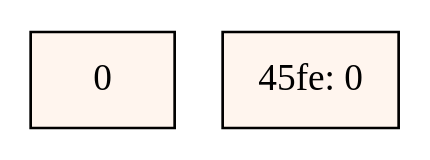
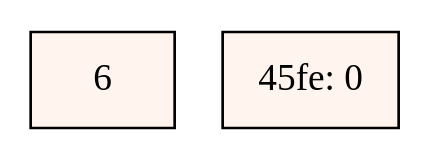
One commit to jdchavarria/EDD_DIC_2019_PY2_201602900 changed the diagram in ProyectoEDD_Vac/aux_grafico.dot. Above: the diagram before and after it, drawn with Graphviz. The commit also changed 122 other files, not shown here.

```diff
--- a/ProyectoEDD_Vac/aux_grafico.dot
+++ b/ProyectoEDD_Vac/aux_grafico.dot
@@ -1,6 +1,6 @@
 digraph grafica{
 rankdir=TB;
 node [shape=record,style=filled,fillcolor=seashell];
-0
+6
 nodo1[label="45fe: 0"];
 }
```
